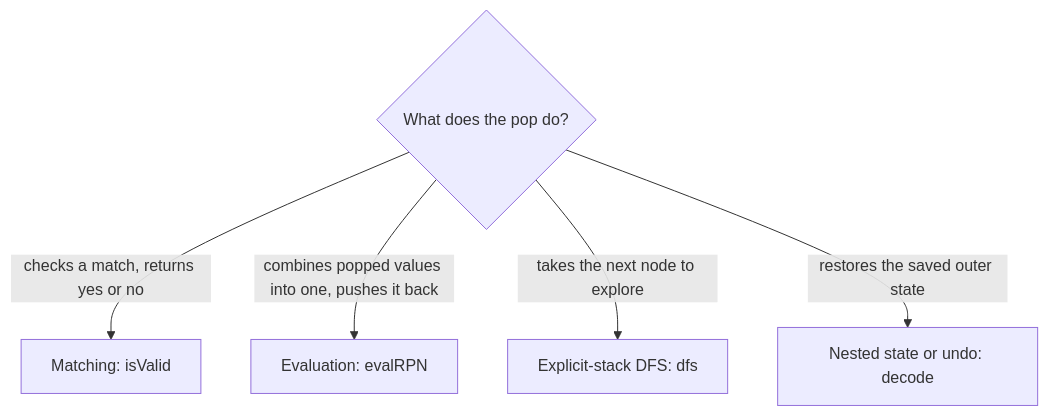
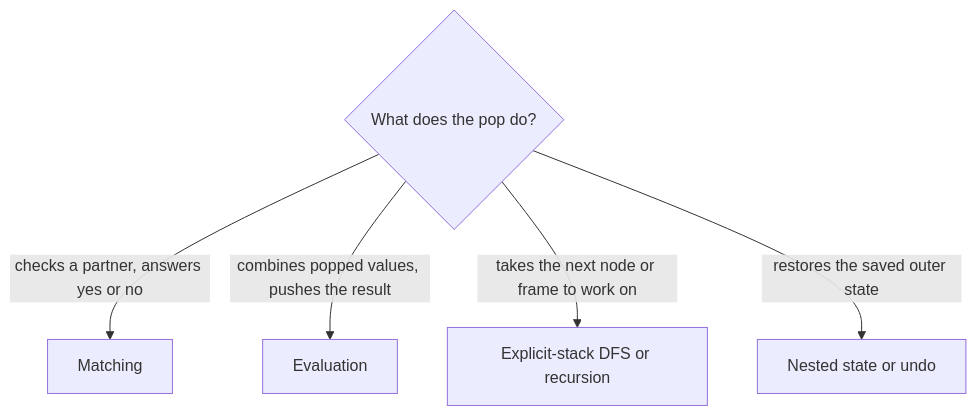
One commit to qutuz0x9/Problem-Solving changed the second of 2 diagrams in patterns/stack.md. Above: the diagram before and after it, drawn with Mermaid. The commit also changed other lines of this file and 7 other files, not shown here.

First line of the commit message:
feat: solve 0496 next-greater-element-i, rewrite the stack pattern

````diff
--- a/patterns/stack.md
+++ b/patterns/stack.md
@@ -68,8 +105,8 @@
 ```mermaid
 graph TD
     Q{"What does the pop do?"}
-    Q -- "checks a match, returns yes or no" --> M["Matching: isValid"]
-    Q -- "combines popped values into one, pushes it back" --> E["Evaluation: evalRPN"]
-    Q -- "takes the next node to explore" --> D["Explicit-stack DFS: dfs"]
-    Q -- "restores the saved outer state" --> U["Nested state or undo: decode"]
+    Q -- "checks a partner, answers yes or no" --> M["Matching"]
+    Q -- "combines popped values, pushes the result" --> E["Evaluation"]
+    Q -- "takes the next node or frame to work on" --> D["Explicit-stack DFS or recursion"]
+    Q -- "restores the saved outer state" --> U["Nested state or undo"]
 ```
````
